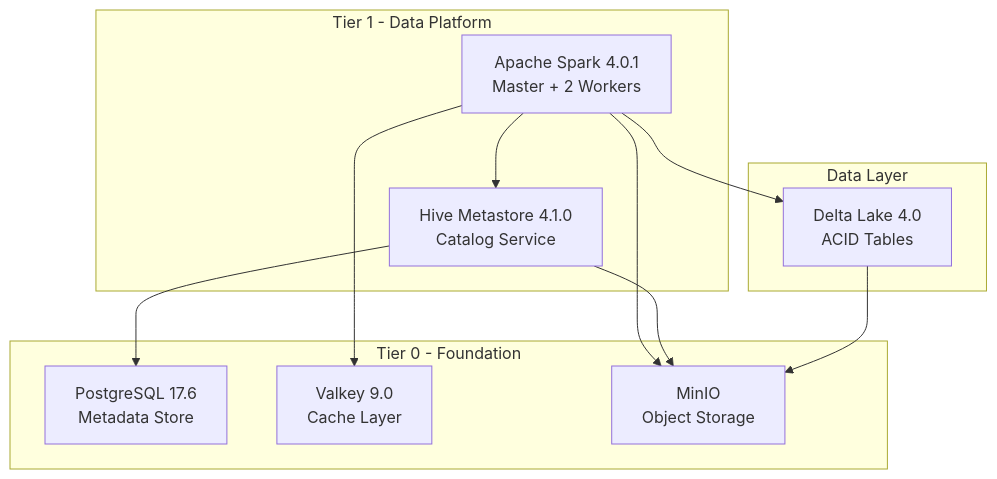
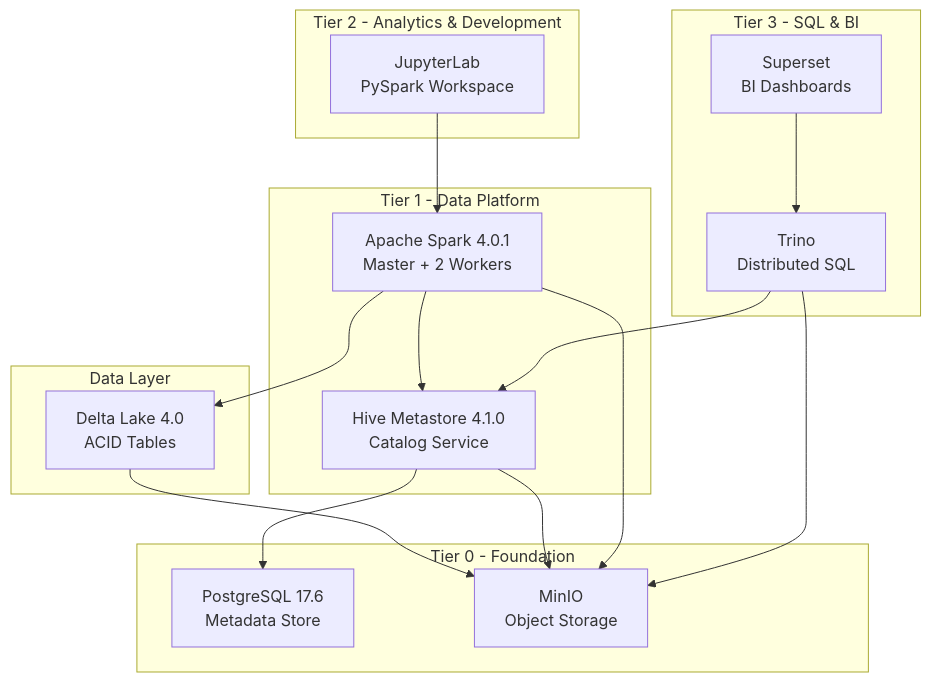
One commit to P-Bao/FlumenData changed the diagram in README.md. Above: the diagram before and after it, drawn with Mermaid. The commit also changed other lines of this file and 42 other files, not shown here.

````diff
--- a/README.md
+++ b/README.md
@@ -33,25 +35,36 @@
 ```mermaid
 graph TB
     subgraph "Tier 1 - Data Platform"
         SPARK[Apache Spark 4.0.1<br/>Master + 2 Workers]
         HIVE[Hive Metastore 4.1.0<br/>Catalog Service]
     end
 
     subgraph "Tier 0 - Foundation"
         POSTGRES[PostgreSQL 17.6<br/>Metadata Store]
-        VALKEY[Valkey 9.0<br/>Cache Layer]
         MINIO[MinIO<br/>Object Storage]
     end
 
     subgraph "Data Layer"
         DELTA[Delta Lake 4.0<br/>ACID Tables]
     end
 
+    subgraph "Tier 2 - Analytics & Development"
+        JUPYTER[JupyterLab<br/>PySpark Workspace]
+    end
+
+    subgraph "Tier 3 - SQL & BI"
+        TRINO[Trino<br/>Distributed SQL]
+        SUPERSET[Superset<br/>BI Dashboards]
+    end
+
     SPARK --> HIVE
     SPARK --> DELTA
     DELTA --> MINIO
     HIVE --> POSTGRES
     HIVE --> MINIO
-    SPARK --> VALKEY
     SPARK --> MINIO
+    JUPYTER --> SPARK
+    TRINO --> HIVE
+    TRINO --> MINIO
+    SUPERSET --> TRINO
 ```
````
